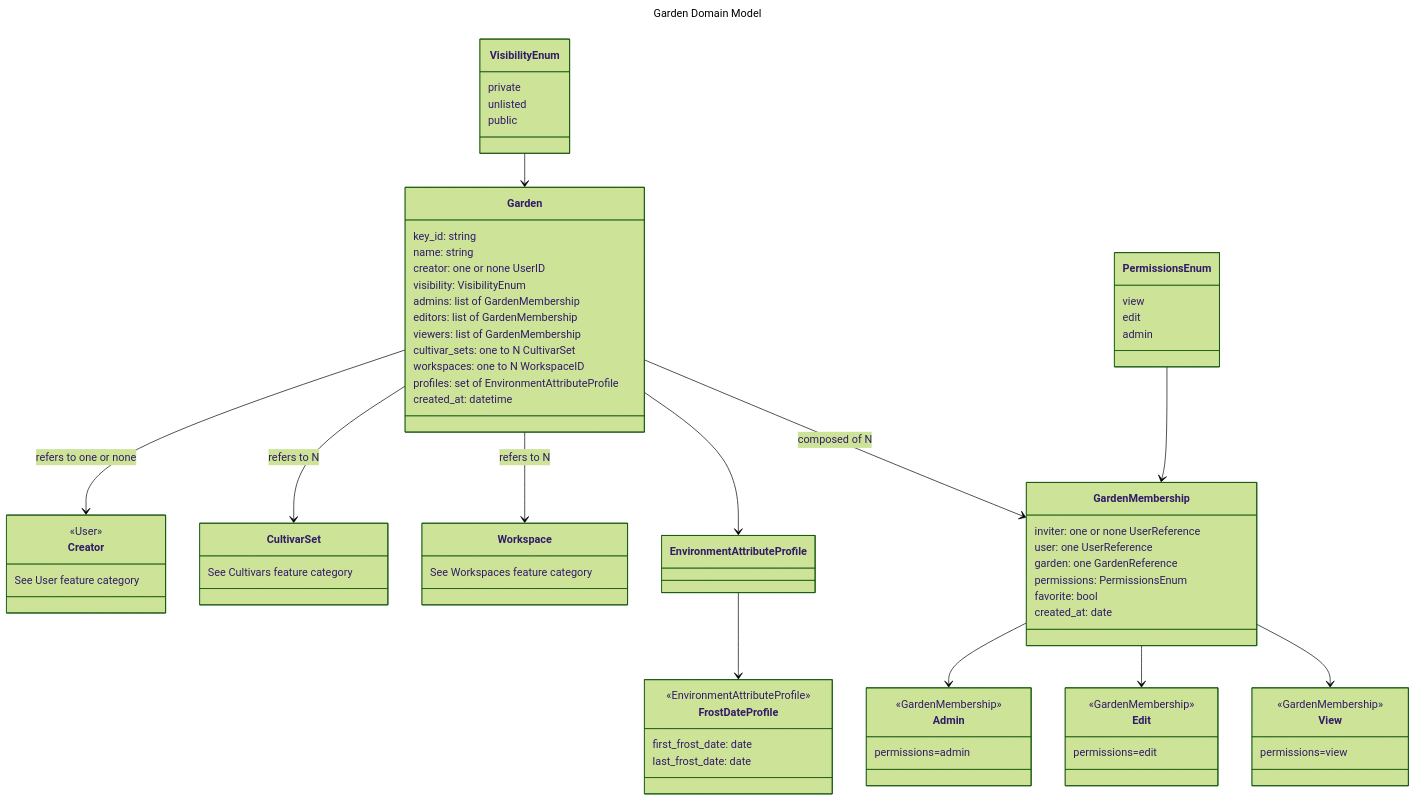
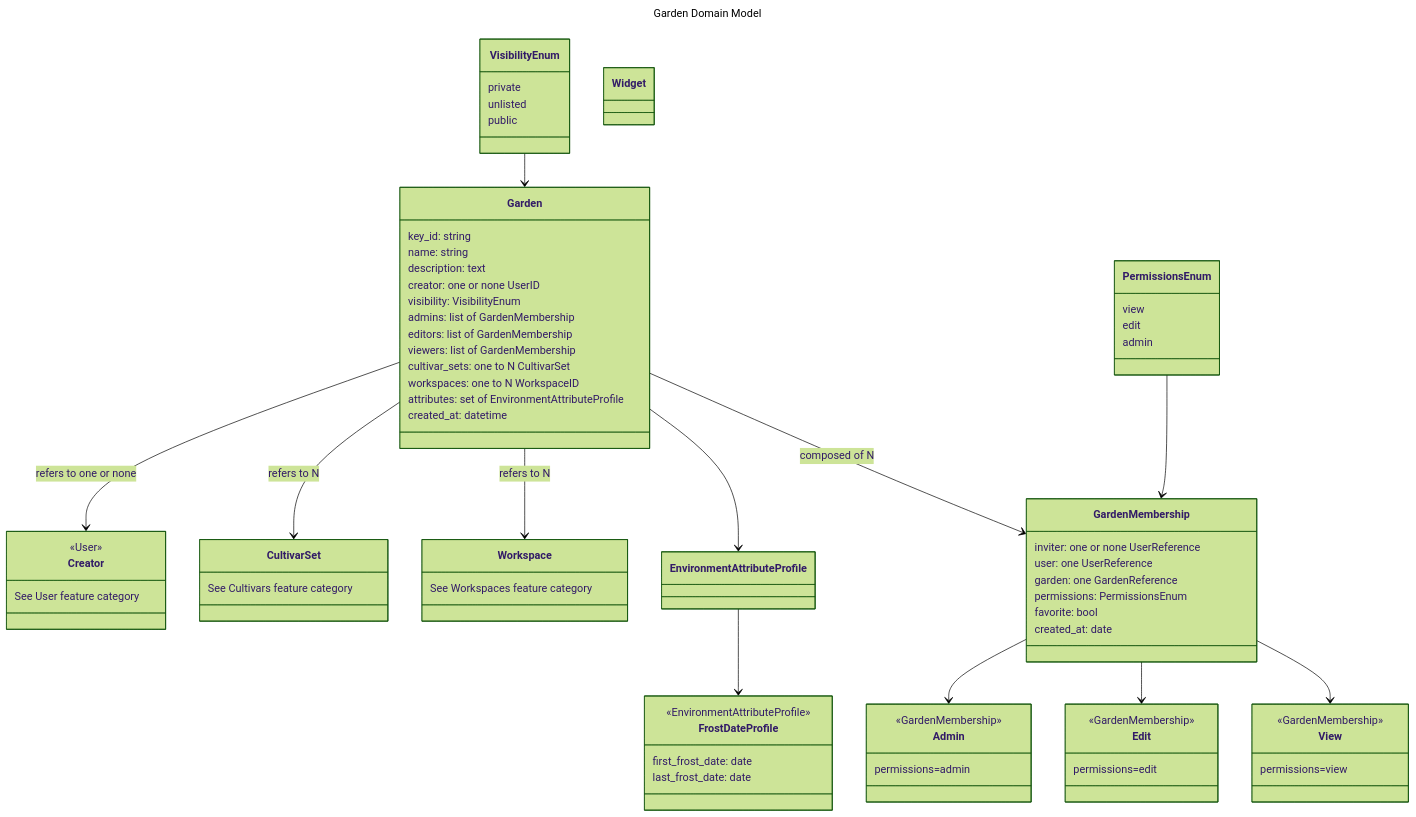
One commit to VerdanTech/Vdt-Webapp changed the diagram in outline/gardens/models.md. Above: the diagram before and after it, drawn with Mermaid (forest theme). The commit also changed 16 other files, not shown here.

````diff
--- a/outline/gardens/models.md
+++ b/outline/gardens/models.md
@@ -20,6 +20,7 @@
     class Garden{
         key_id: string
         name: string
+        description: text
         creator: one or none UserID
         visibility: VisibilityEnum
         admins: list of GardenMembership
@@ -27,7 +28,7 @@
         viewers: list of GardenMembership
         cultivar_sets: one to N CultivarSet
         workspaces: one to N WorkspaceID
-        profiles: set of EnvironmentAttributeProfile
+        attributes: set of EnvironmentAttributeProfile
         created_at: datetime
     }
     class Creator{
@@ -79,4 +80,7 @@
         first_frost_date: date
         last_frost_date: date
     }
+    class Widget{
+        
+    }
 ```
````
